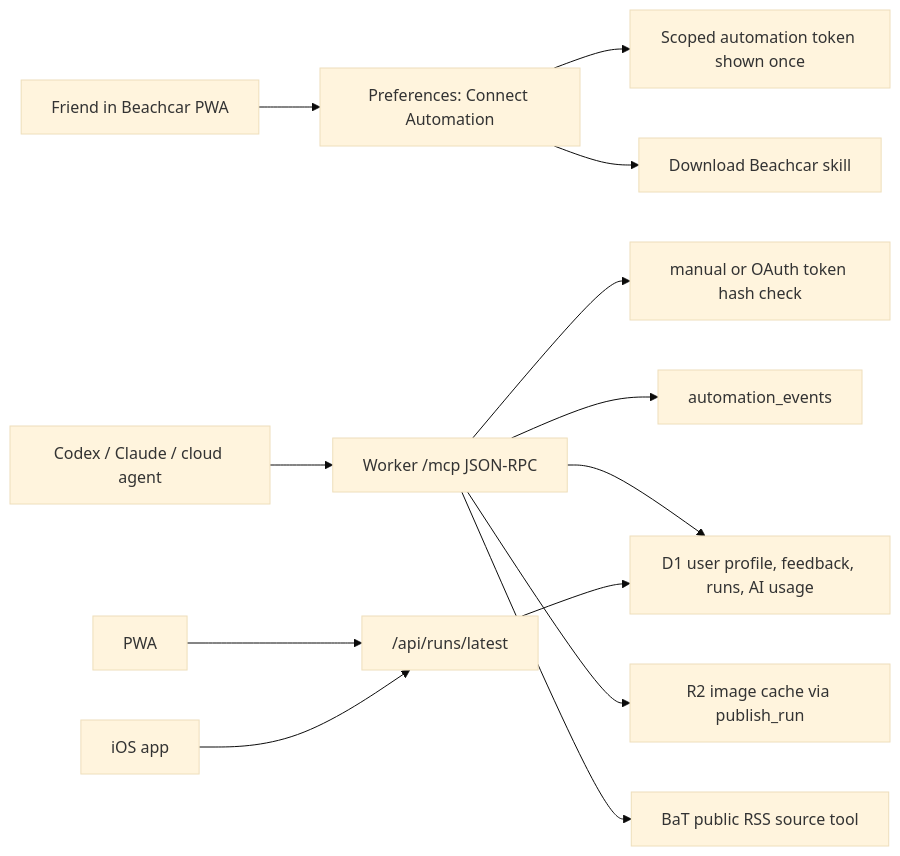
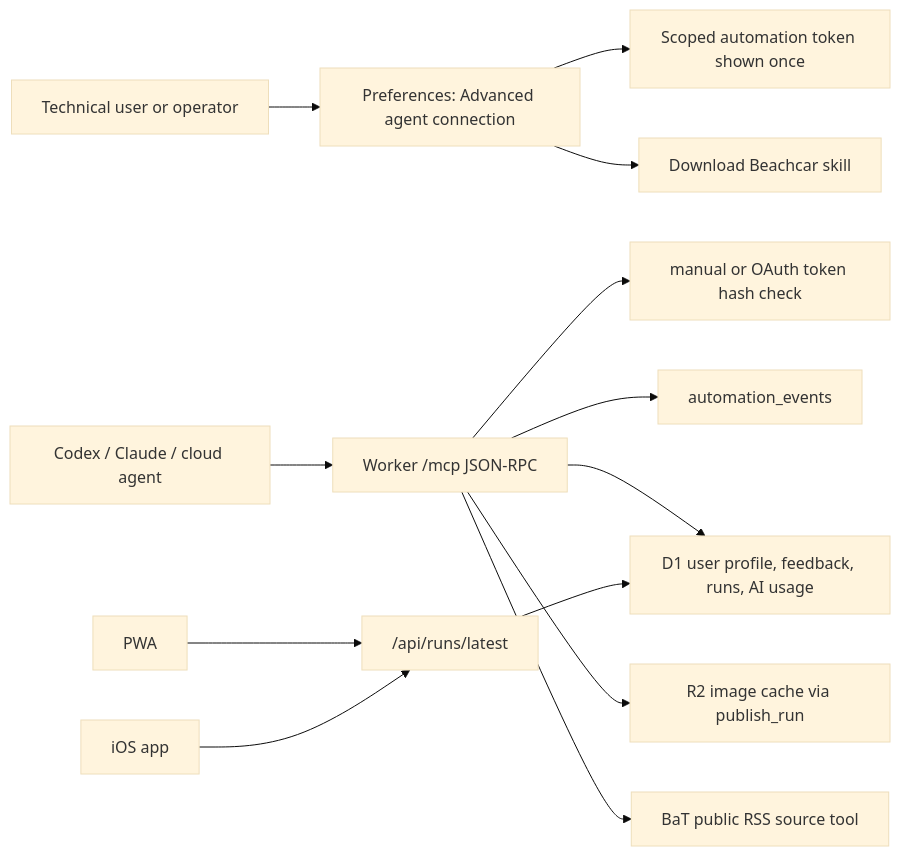
One commit to joncooper/beachcar changed the diagram in docs/remote-mcp-friend-automation.md. Above: the diagram before and after it, drawn with Mermaid (base theme). The commit also changed other lines of this file and 60 other files, not shown here.

````diff
--- a/docs/remote-mcp-friend-automation.md
+++ b/docs/remote-mcp-friend-automation.md
@@ -13,15 +15,15 @@
 ```mermaid
 flowchart LR
-  Friend["Friend in Beachcar PWA"] --> Settings["Preferences: Connect Automation"]
+  User["Technical user or operator"] --> Settings["Preferences: Advanced agent connection"]
   Settings --> Token["Scoped automation token shown once"]
   Settings --> Skill["Download Beachcar skill"]
   Agent["Codex / Claude / cloud agent"] --> MCP["Worker /mcp JSON-RPC"]
   MCP --> Auth["manual or OAuth token hash check"]
   MCP --> Events["automation_events"]
   MCP --> D1["D1 user profile, feedback, runs, AI usage"]
   MCP --> R2["R2 image cache via publish_run"]
   MCP --> BaT["BaT public RSS source tool"]
   Web["PWA"] --> Latest["/api/runs/latest"]
   iOS["iOS app"] --> Latest
   Latest --> D1
 ```
````
